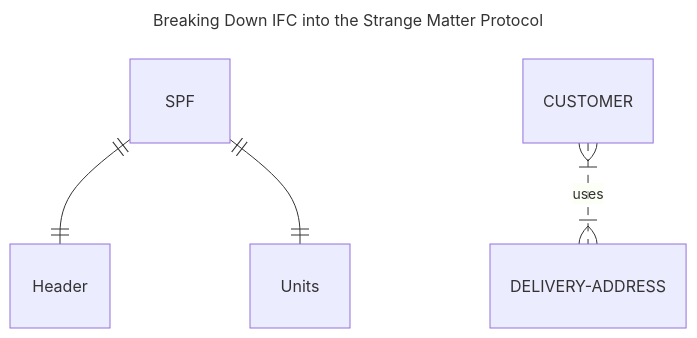
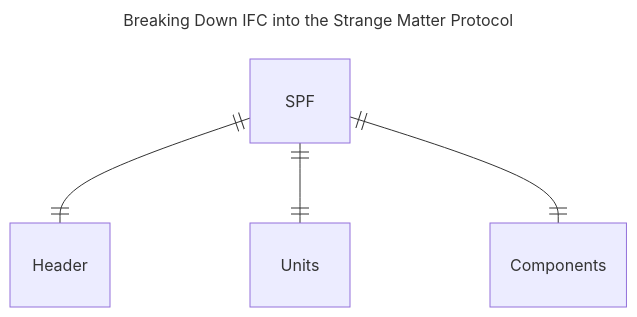
The diagram in README.md (magnetar-io/strangematter_ifc_4x), drawn with Mermaid before and after one commit.

````diff
--- a/README.md
+++ b/README.md
@@ -2,9 +2,9 @@
 ```mermaid
 ---
 title: Breaking Down IFC into the Strange Matter Protocol
 ---
 erDiagram
     SPF  ||--|| Header : ""
     SPF  ||--|| Units : ""
-    CUSTOMER }|..|{ DELIVERY-ADDRESS : uses
+    SPF  ||--|| Components : ""
 ```
````
